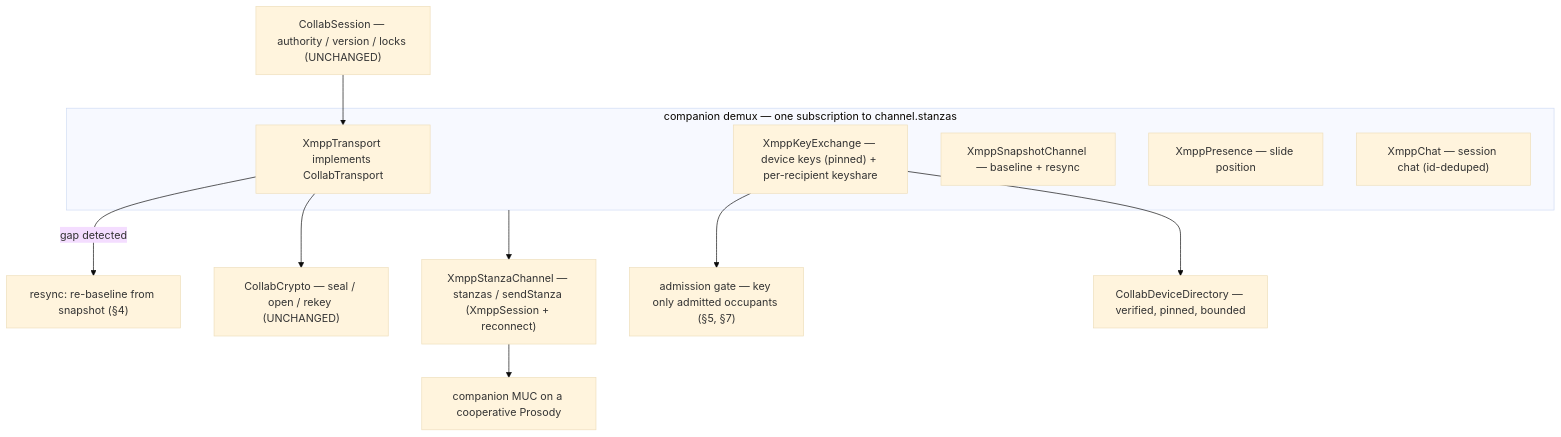
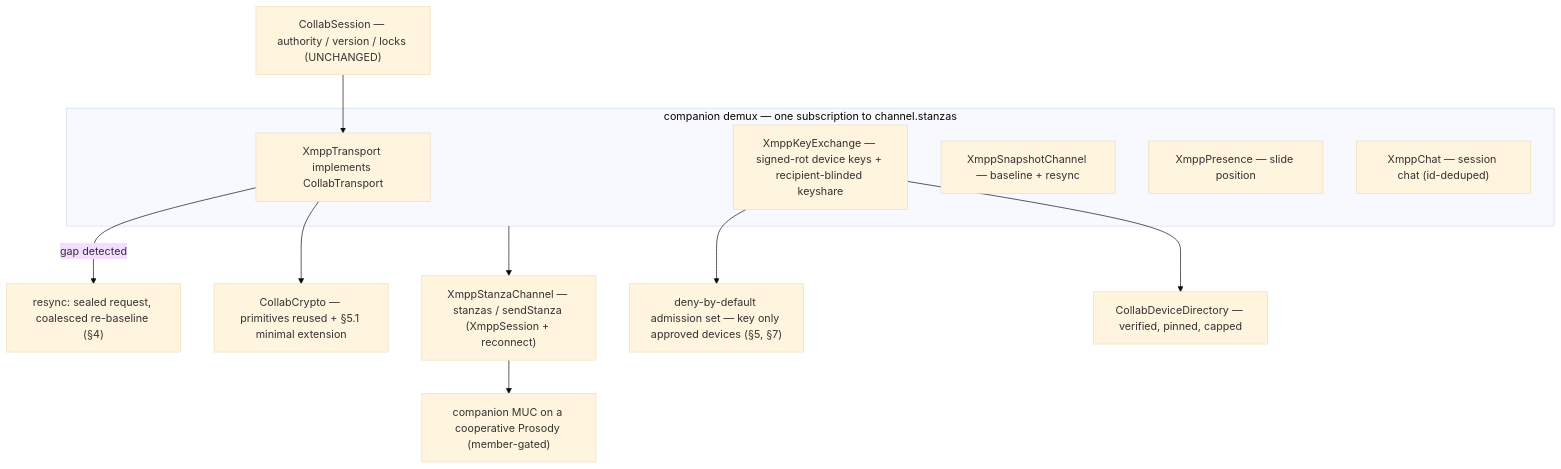
One commit to brennodewinter/Ocideck changed the diagram in docs/design/XMPP_COLLAB_TRANSPORT.md. Above: the diagram before and after it, drawn with Mermaid (base theme). The commit also changed other lines of this file, not shown here.

````diff
--- a/docs/design/XMPP_COLLAB_TRANSPORT.md
+++ b/docs/design/XMPP_COLLAB_TRANSPORT.md
@@ -131,18 +120,18 @@
 ```mermaid
 flowchart TB
     SESS["CollabSession — authority / version / locks (UNCHANGED)"]
     SESS --> XT["XmppTransport implements CollabTransport"]
-    XT -->|gap detected| RESYNC["resync: re-baseline from snapshot (§4)"]
+    XT -->|gap detected| RESYNC["resync: sealed request, coalesced re-baseline (§4)"]
     subgraph COMP["companion demux — one subscription to channel.stanzas"]
       XT
-      XKX["XmppKeyExchange — device keys (pinned) + per-recipient keyshare"]
+      XKX["XmppKeyExchange — signed-rot device keys + recipient-blinded keyshare"]
       XSNAP["XmppSnapshotChannel — baseline + resync"]
       XPRES["XmppPresence — slide position"]
       XCHAT["XmppChat — session chat (id-deduped)"]
     end
-    XKX --> ADMIT["admission gate — key only admitted occupants (§5, §7)"]
+    XKX --> ADMIT["deny-by-default admission set — key only approved devices (§5, §7)"]
     COMP --> CH["XmppStanzaChannel — stanzas / sendStanza (XmppSession + reconnect)"]
-    XKX --> DIR["CollabDeviceDirectory — verified, pinned, bounded"]
-    XT --> CRYPTO["CollabCrypto — seal / open / rekey (UNCHANGED)"]
-    CH --> MUC["companion MUC on a cooperative Prosody"]
+    XKX --> DIR["CollabDeviceDirectory — verified, pinned, capped"]
+    XT --> CRYPTO["CollabCrypto — primitives reused + §5.1 minimal extension"]
+    CH --> MUC["companion MUC on a cooperative Prosody (member-gated)"]
 ```
````
